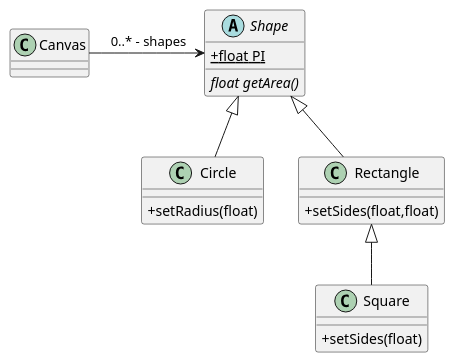
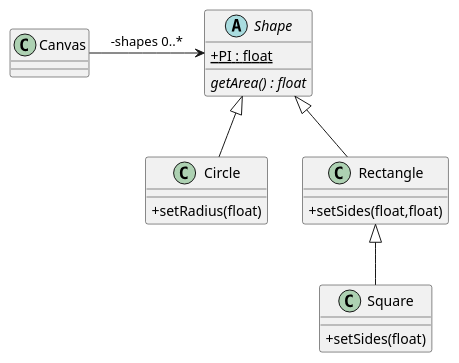
One commit to cbudtz/udviklingsmetoder changed the diagram in src/main/resources/Shapes.puml. Above: the diagram before and after it, drawn with PlantUML. The commit also changed 5 other files, not shown here.

```diff
--- a/src/main/resources/Shapes.puml
+++ b/src/main/resources/Shapes.puml
@@ -1,28 +1,28 @@
 @startuml
 'https://plantuml.com/class-diagram
 skinparam classAttributeIconSize 0
 class Canvas
 abstract Shape {
-    float {abstract} getArea()
-    + {static} float PI
+    {abstract} getArea() : float
+    + {static} PI : float
 }
 
 class Circle {
     + setRadius(float)
 }
 
 class Rectangle {
     + setSides(float,float)
 }
 
 class Square {
     + setSides(float)
 }
 
 
 Shape <|-- Circle
 Shape <|-- Rectangle
 Rectangle <|-- Square
-Canvas -r->  Shape : " 0..* - shapes"
+Canvas -r->  Shape : " -shapes 0..* "
 
 @enduml
```
